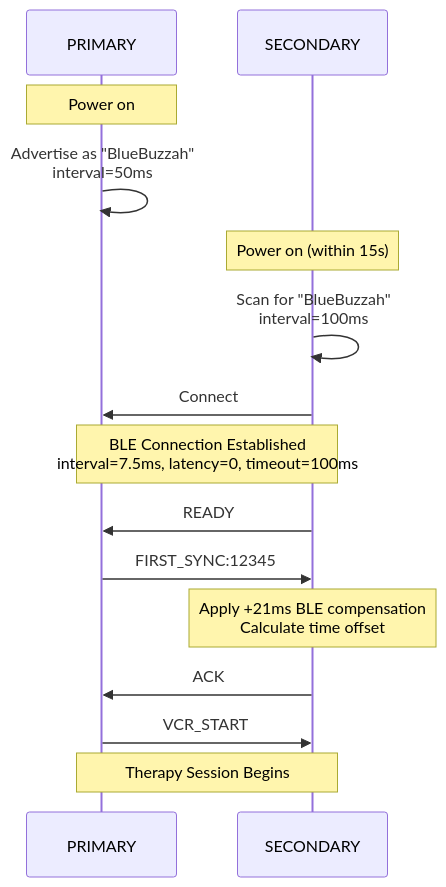
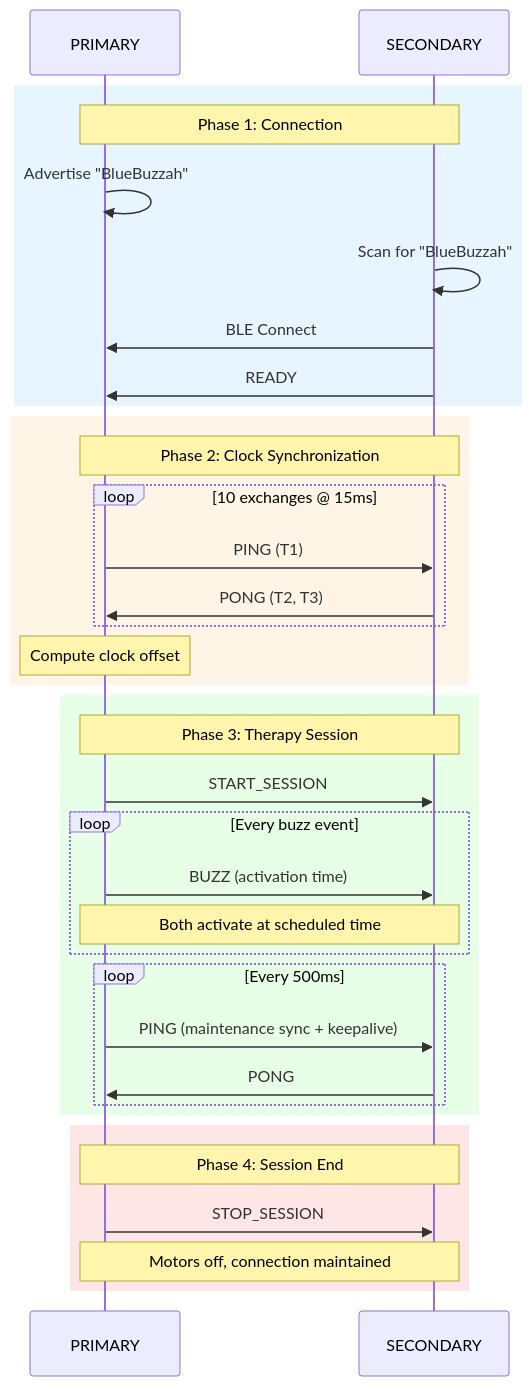
One commit to BlueBuzzah/BlueBuzzah2-Firmware changed the first of 5 diagrams in docs/SYNCHRONIZATION_PROTOCOL.md. Above: the diagram before and after it, drawn with Mermaid. The commit also changed other lines of this file and 17 other files, not shown here.

Commit message:
Updated keepalive implementation to remove heartbeat commands and utilize existing ping commands as heartbeat signals

````diff
--- a/docs/SYNCHRONIZATION_PROTOCOL.md
+++ b/docs/SYNCHRONIZATION_PROTOCOL.md
@@ -270,24 +29,41 @@
 ```mermaid
 sequenceDiagram
     participant P as PRIMARY
     participant S as SECONDARY
 
-    Note over P: Power on
-    P->>P: Advertise as "BlueBuzzah"<br/>interval=50ms
+    rect rgb(230, 245, 255)
+        Note over P,S: Phase 1: Connection
+        P->>P: Advertise "BlueBuzzah"
+        S->>S: Scan for "BlueBuzzah"
+        S->>P: BLE Connect
+        S->>P: READY
+    end
 
-    Note over S: Power on (within 15s)
-    S->>S: Scan for "BlueBuzzah"<br/>interval=100ms
+    rect rgb(255, 245, 230)
+        Note over P,S: Phase 2: Clock Synchronization
+        loop 10 exchanges @ 15ms
+            P->>S: PING (T1)
+            S->>P: PONG (T2, T3)
+        end
+        Note over P: Compute clock offset
+    end
 
-    S->>P: Connect
-    Note over P,S: BLE Connection Established<br/>interval=7.5ms, latency=0, timeout=100ms
+    rect rgb(230, 255, 230)
+        Note over P,S: Phase 3: Therapy Session
+        P->>S: START_SESSION
+        loop Every buzz event
+            P->>S: BUZZ (activation time)
+            Note over P,S: Both activate at scheduled time
+        end
+        loop Every 500ms
+            P->>S: PING (maintenance sync + keepalive)
+            S->>P: PONG
+        end
+    end
 
-    S->>P: READY
-
-    P->>S: FIRST_SYNC:12345
-    Note over S: Apply +21ms BLE compensation<br/>Calculate time offset
-
-    S->>P: ACK
-
-    P->>S: VCR_START
-    Note over P,S: Therapy Session Begins
+    rect rgb(255, 230, 230)
+        Note over P,S: Phase 4: Session End
+        P->>S: STOP_SESSION
+        Note over P,S: Motors off, connection maintained
+    end
 ```
````
